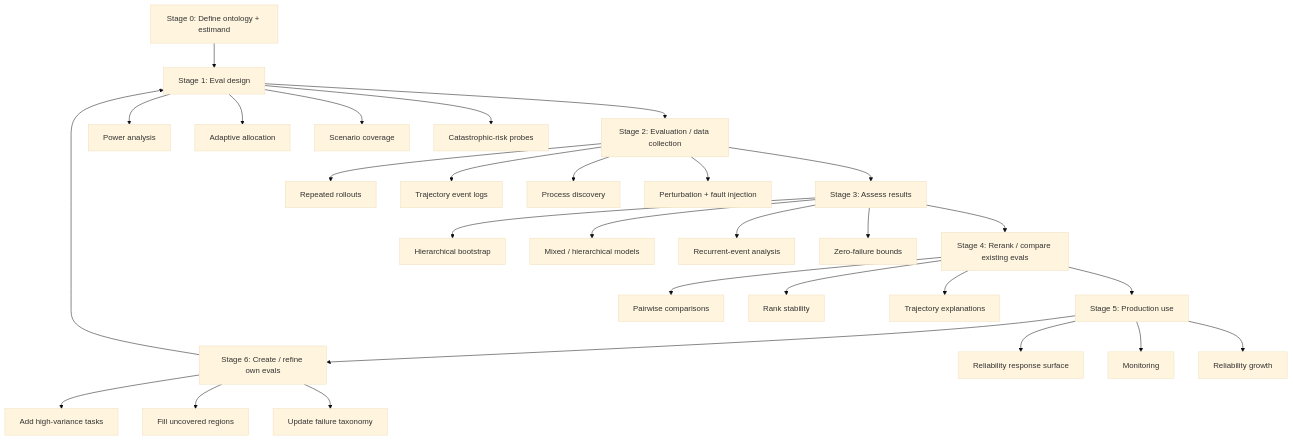
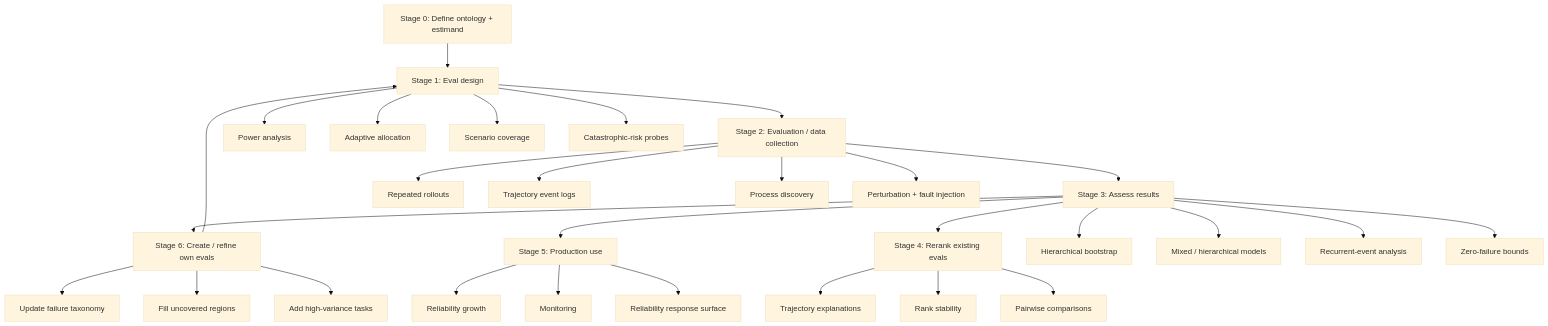
The diagram in statistical-rigor-agentic-evals-research-memo.md (zakhar-kogan/statistical-evals), drawn with Mermaid (base theme) before and after one commit. The commit also changed other lines of this file, not shown here.

Commit message:
Clarify statistical evals memo structure

````diff
--- a/statistical-rigor-agentic-evals-research-memo.md
+++ b/statistical-rigor-agentic-evals-research-memo.md
@@ -241,37 +86,37 @@
 ```mermaid
 flowchart TD
     A["Stage 0: Define ontology + estimand"] --> B["Stage 1: Eval design"]
     B --> C["Stage 2: Evaluation / data collection"]
     C --> D["Stage 3: Assess results"]
-    D --> E["Stage 4: Rerank / compare existing evals"]
-    E --> F["Stage 5: Production use"]
-    F --> G["Stage 6: Create / refine own evals"]
+    D --> E["Stage 4: Rerank existing evals"]
+    D --> F["Stage 5: Production use"]
+    D --> G["Stage 6: Create / refine own evals"]
     G --> B
 
     B --> B1["Power analysis"]
     B --> B2["Adaptive allocation"]
     B --> B3["Scenario coverage"]
     B --> B4["Catastrophic-risk probes"]
 
     C --> C1["Repeated rollouts"]
     C --> C2["Trajectory event logs"]
     C --> C3["Process discovery"]
     C --> C4["Perturbation + fault injection"]
 
     D --> D1["Hierarchical bootstrap"]
     D --> D2["Mixed / hierarchical models"]
     D --> D3["Recurrent-event analysis"]
     D --> D4["Zero-failure bounds"]
 
     E --> E1["Pairwise comparisons"]
     E --> E2["Rank stability"]
     E --> E3["Trajectory explanations"]
 
     F --> F1["Reliability response surface"]
     F --> F2["Monitoring"]
     F --> F3["Reliability growth"]
 
     G --> G1["Add high-variance tasks"]
     G --> G2["Fill uncovered regions"]
     G --> G3["Update failure taxonomy"]
 ```
````
